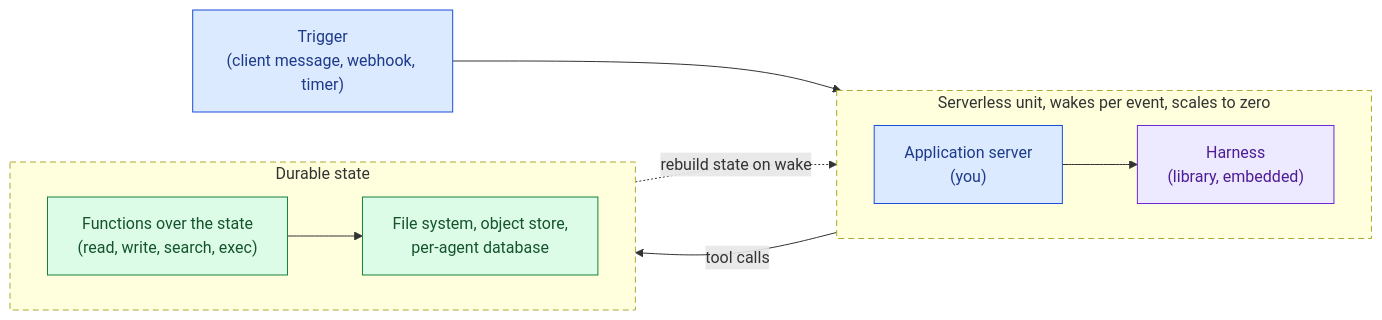
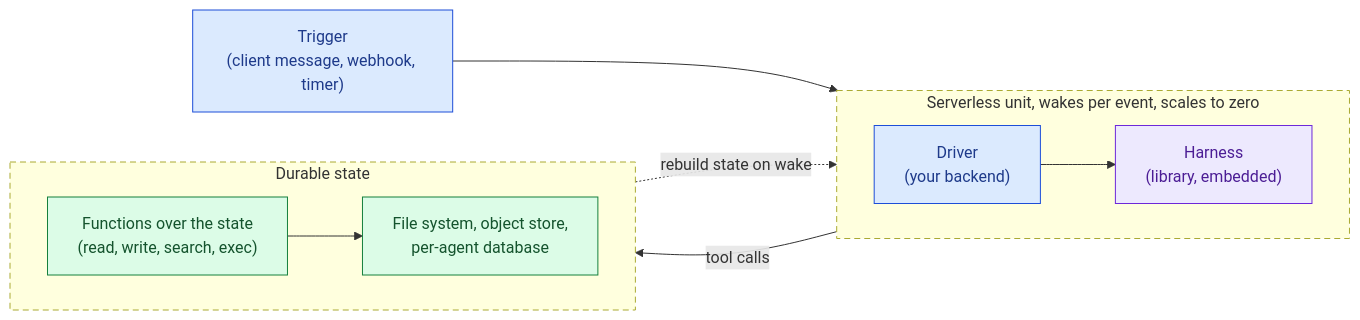
One commit to botiverse/oar changed the eighth of 13 diagrams in docs/design/patterns.md. Above: the diagram before and after it, drawn with Mermaid. The commit also changed other lines of this file, not shown here.

First line of the commit message:
docs(design): patterns split the application into client and driver, pattern 1 gets 1a and 1b

````diff
--- a/docs/design/patterns.md
+++ b/docs/design/patterns.md
@@ -583,24 +649,24 @@
 ```mermaid
 flowchart LR
   Trigger["Trigger<br/>(client message, webhook, timer)"]:::app
   subgraph unit["Serverless unit, wakes per event, scales to zero"]
     direction LR
-    App["Application server<br/>(you)"]:::app
+    App["Driver<br/>(your backend)"]:::app
     Harness["Harness<br/>(library, embedded)"]:::harness
     App --> Harness
   end
   subgraph store["Durable state"]
     direction LR
     Fn["Functions over the state<br/>(read, write, search, exec)"]:::env
     FS["File system, object store,<br/>per-agent database"]:::env
     Fn --> FS
   end
   Trigger --> App
   Harness -- "tool calls" --> Fn
   FS -. "rebuild state on wake" .-> App
   style unit stroke-dasharray: 6 4
   style store stroke-dasharray: 6 4
   classDef app fill:#dbeafe,stroke:#1d4ed8,color:#1e3a8a
   classDef harness fill:#ede9fe,stroke:#6d28d9,color:#4c1d95
   classDef env fill:#dcfce7,stroke:#15803d,color:#14532d
 ```
````
